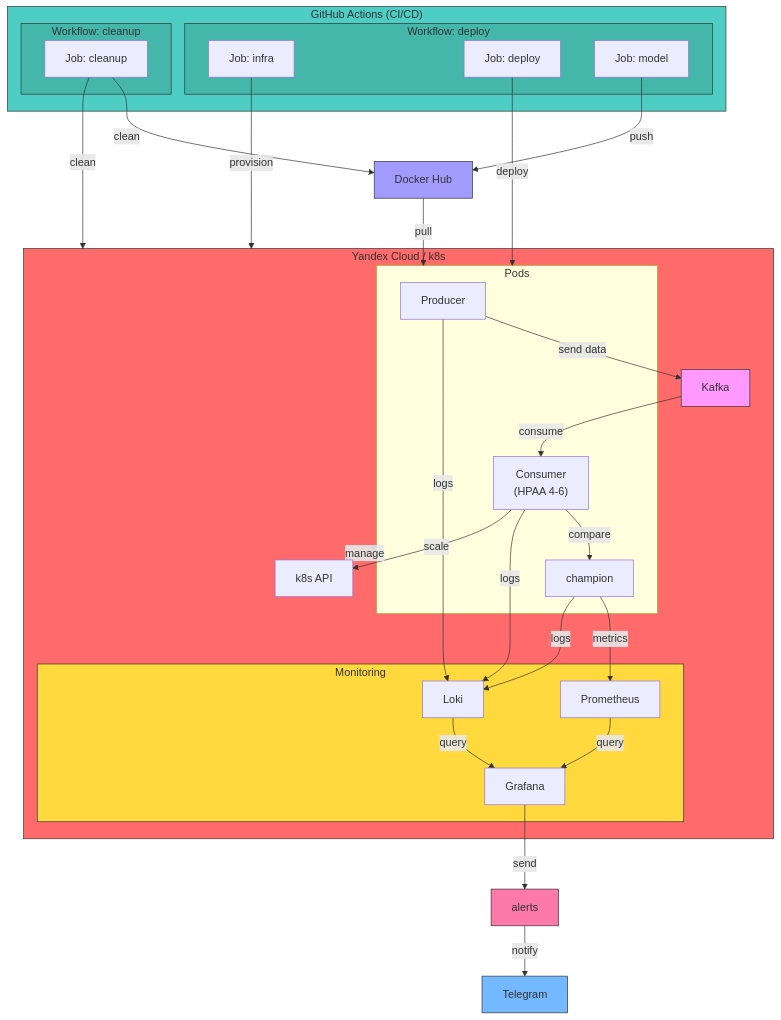
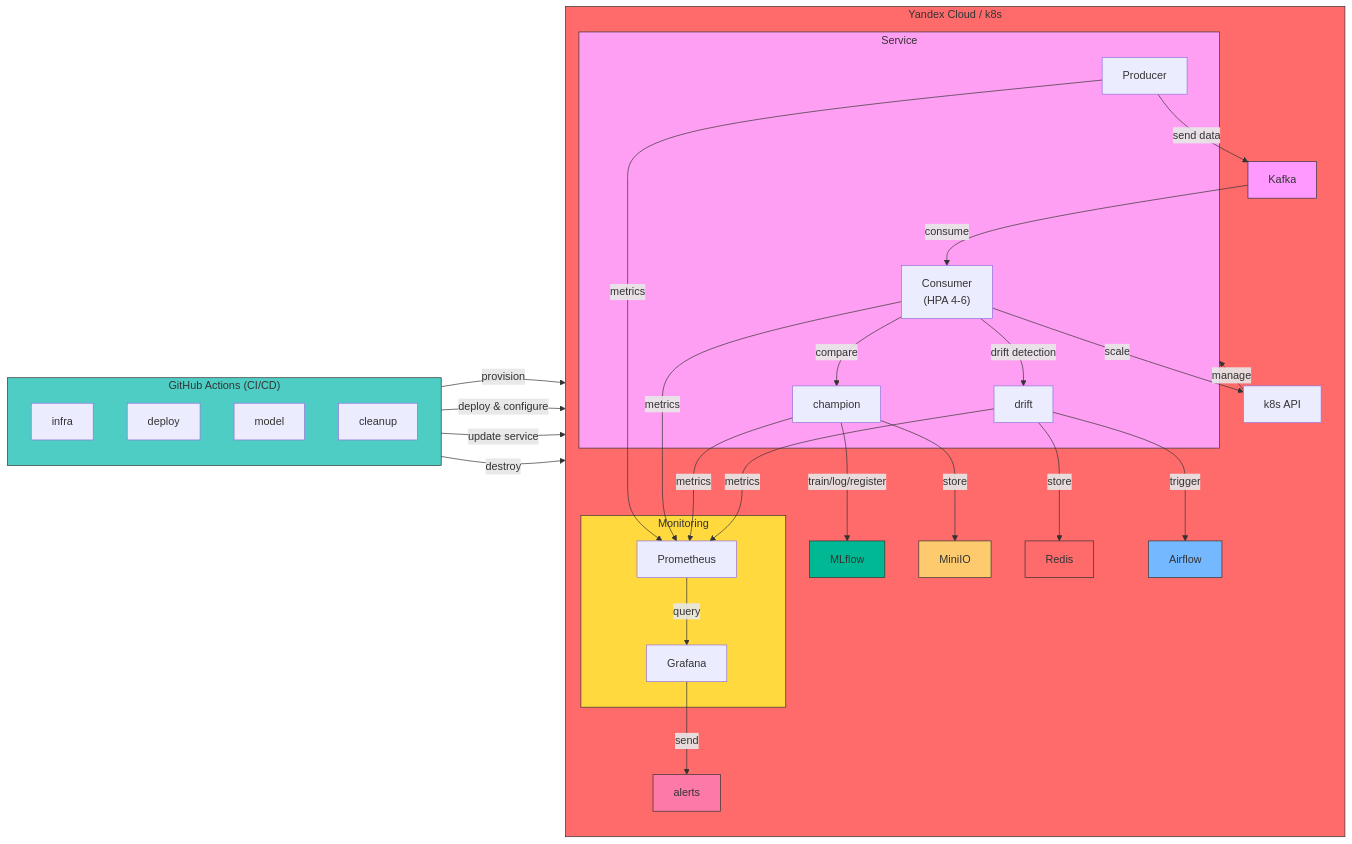
The first of 3 diagrams in README.md (petr-akimov/otus-final), drawn with Mermaid before and after one commit.

````diff
--- a/README.md
+++ b/README.md
@@ -40,71 +40,71 @@
 ```mermaid
-flowchart TD
+flowchart LR
     subgraph GitHubActions["GitHub Actions (CI/CD)"]
-        subgraph DeployWorkflow["Workflow: deploy"]
-            Infra["Job: infra"]
-            Deploy["Job: deploy"]
-            ModelJob["Job: model"]
-        end
-        subgraph CleanupWorkflow["Workflow: cleanup"]
-            Cleanup["Job: cleanup"]
-        end
+        direction TB
+        InfraJob["infra"]
+        DeployJob["deploy"]
+        ModelJob["model"]
+        CleanupJob["cleanup"]
     end
     
     subgraph YandexCloud["Yandex Cloud / k8s"]
-        subgraph Pods["Pods"]
+        direction TB
+        
+        subgraph Service["Service"]
             Producer["Producer"]
-            Consumer["Consumer<br/>(HPAA 4-6)"]
+            Consumer["Consumer<br/>(HPA 4-6)"]
             Champion["champion"]
+            Drift["drift"]
         end
         
         Kafka["Kafka"]
+        Redis["Redis"]
+        Airflow["Airflow"]
+        MLflow["MLflow"]
+        MiniIO["MiniIO"]
         K8sAPI["k8s API"]
         
         subgraph Monitoring["Monitoring"]
-            Loki["Loki"]
+            Prometheus["Prometheus"]
             Grafana["Grafana"]
-            Prometheus["Prometheus"]
         end
+        
+        Alerts["alerts"]
     end
     
-    DockerHub["Docker Hub"]
-    Alerts["alerts"]
-    Telegram["Telegram"]
-    
-    Infra -->|"provision"| YandexCloud
-    Deploy -->|"deploy"| Pods
-    ModelJob -->|"push"| DockerHub
-    
-    DockerHub -->|"pull"| Pods
+    InfraJob -->|"provision"| YandexCloud
+    DeployJob -->|"deploy & configure"| YandexCloud
+    ModelJob -->|"update service"| YandexCloud
+    CleanupJob -->|"destroy"| YandexCloud
     
     Producer -->|"send data"| Kafka
     Kafka -->|"consume"| Consumer
     Consumer -->|"compare"| Champion
+    Champion -->|"train/log/register"| MLflow
+    Champion -->|"store"| MiniIO
+    Consumer -->|"drift detection"| Drift
+    Drift -->|"store"| Redis
+    Drift -->|"trigger"| Airflow
+    
+    Producer -->|"metrics"| Prometheus
+    Consumer -->|"metrics"| Prometheus
     Champion -->|"metrics"| Prometheus
+    Drift -->|"metrics"| Prometheus
     
-    Producer -->|"logs"| Loki
-    Consumer -->|"logs"| Loki
-    Champion -->|"logs"| Loki
-    
-    Loki -->|"query"| Grafana
     Prometheus -->|"query"| Grafana
-    
     Grafana -->|"send"| Alerts
-    Alerts -->|"notify"| Telegram
     
     Consumer -->|"scale"| K8sAPI
-    K8sAPI -->|"manage"| Pods
-    
-    Cleanup -->|"clean"| YandexCloud
-    Cleanup -->|"clean"| DockerHub
+    K8sAPI -->|"manage"| Service
     
     style GitHubActions fill:#4ecdc4,stroke:#333
-    style DeployWorkflow fill:#45b7aa,stroke:#333
-    style CleanupWorkflow fill:#45b7aa,stroke:#333
     style YandexCloud fill:#ff6b6b,stroke:#333
     style Monitoring fill:#ffd93d,stroke:#333
+    style Service fill:#ff9ff3,stroke:#333
     style Kafka fill:#f9f,stroke:#333
-    style DockerHub fill:#a29bfe,stroke:#333
+    style Redis fill:#ff6b6b,stroke:#333
+    style Airflow fill:#74b9ff,stroke:#333
+    style MLflow fill:#00b894,stroke:#333
+    style MiniIO fill:#fdcb6e,stroke:#333
     style Alerts fill:#fd79a8,stroke:#333
-    style Telegram fill:#74b9ff,stroke:#333
 ```
````
